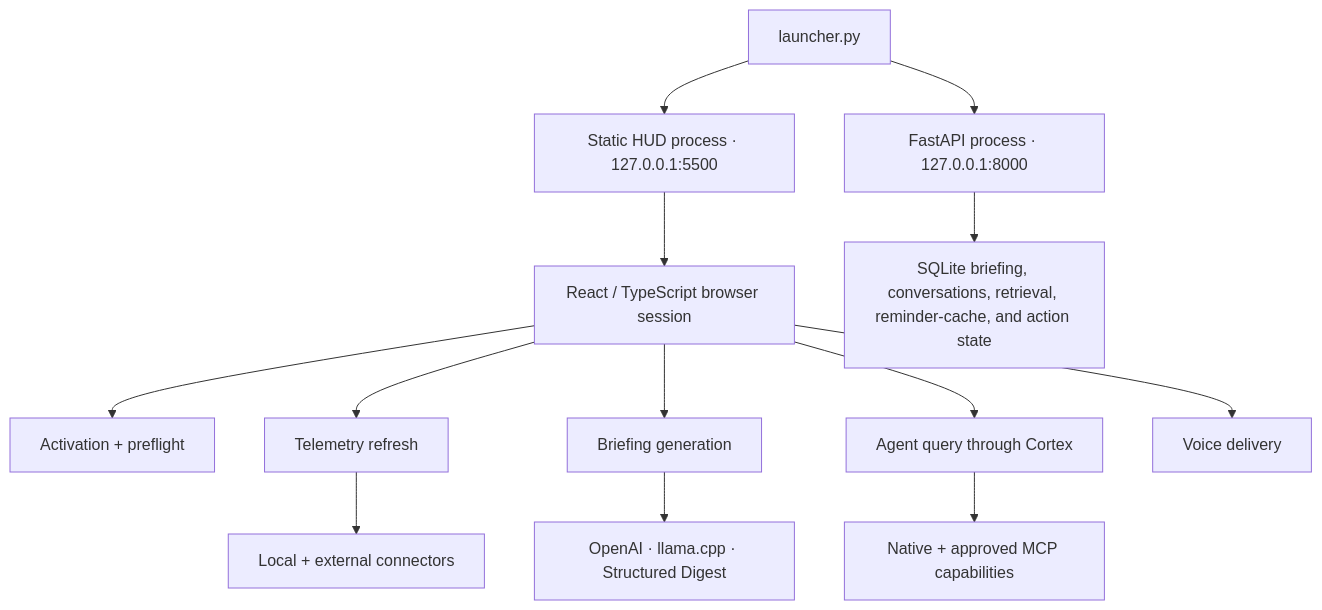
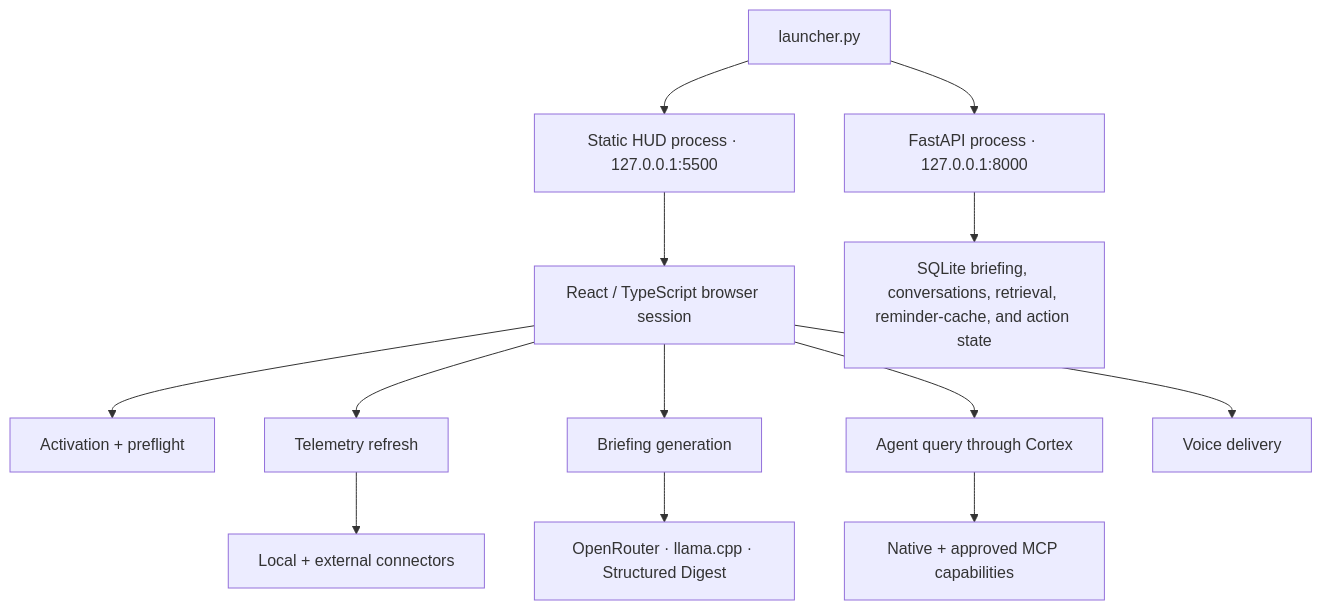
Before and after one commit to edumarcano/APEX: the first of 3 diagrams in docs/architecture.md, drawn with Mermaid. The commit also changed other lines of this file and 13 other files, not shown here.

````diff
--- a/docs/architecture.md
+++ b/docs/architecture.md
@@ -23,17 +23,17 @@
 ```mermaid
 flowchart TB
     Launcher["launcher.py"] --> API["FastAPI process · 127.0.0.1:8000"]
     Launcher --> Static["Static HUD process · 127.0.0.1:5500"]
     Static --> Browser["React / TypeScript browser session"]
 
     Browser --> Activation["Activation + preflight"]
     Browser --> Telemetry["Telemetry refresh"]
     Browser --> Briefing["Briefing generation"]
     Browser --> Cortex["Agent query through Cortex"]
     Browser --> Voice["Voice delivery"]
 
     Telemetry --> Connectors["Local + external connectors"]
-    Briefing --> Models["OpenAI · llama.cpp · Structured Digest"]
+    Briefing --> Models["OpenRouter · llama.cpp · Structured Digest"]
     Cortex --> Capabilities["Native + approved MCP capabilities"]
     API --> SQLite["SQLite briefing, conversations, retrieval, reminder-cache, and action state"]
 ```
````
